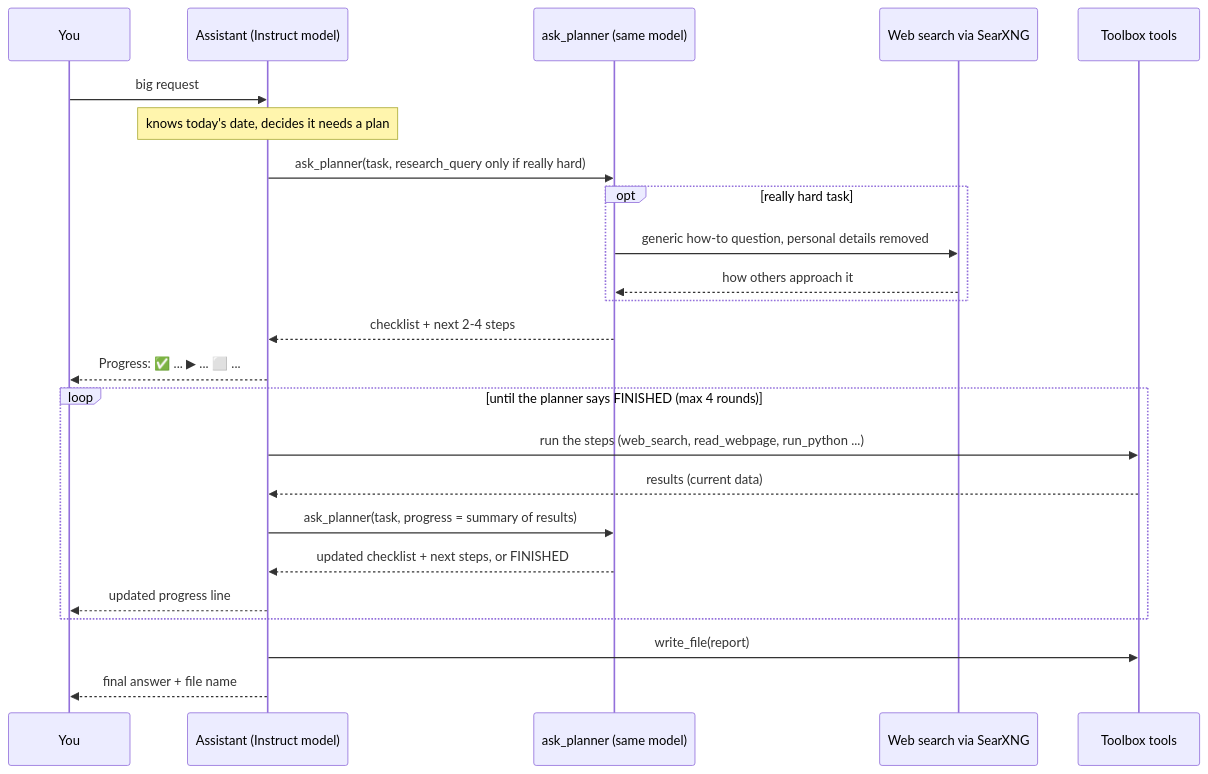
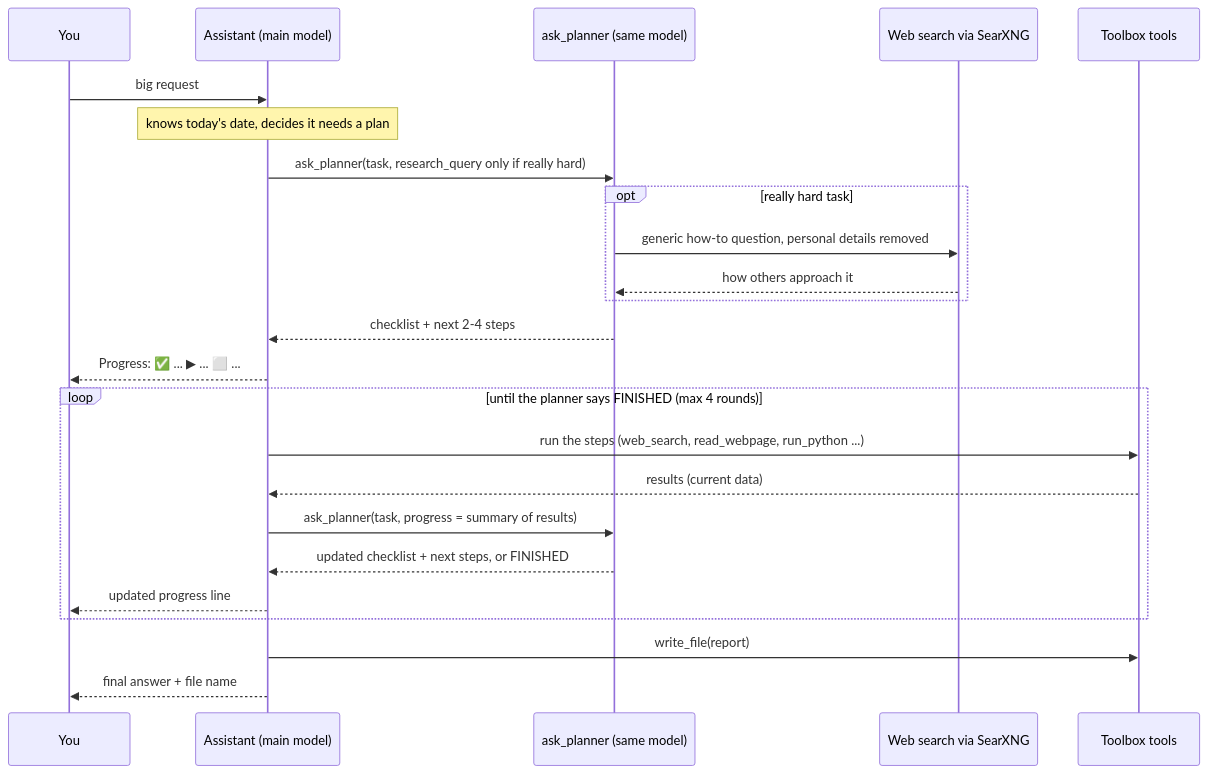
One commit to dhoon-ai/dhoon changed the diagram in docs/GUIDE.md. Above: the diagram before and after it, drawn with Mermaid. The commit also changed other lines of this file and 2 other files, not shown here.

First line of the commit message:
Docs for v1.1.0: Gemma 4 as the main model, two models in memory, how to upgrade; changelog

````diff
--- a/docs/GUIDE.md
+++ b/docs/GUIDE.md
@@ -568,26 +568,26 @@
 ```mermaid
 sequenceDiagram
     participant You
-    participant A as Assistant (Instruct model)
+    participant A as Assistant (main model)
     participant P as ask_planner (same model)
     participant G as Web search via SearXNG
     participant T as Toolbox tools
     You->>A: big request
     Note over A: knows today's date, decides it needs a plan
     A->>P: ask_planner(task, research_query only if really hard)
     opt really hard task
         P->>G: generic how-to question, personal details removed
         G-->>P: how others approach it
     end
     P-->>A: checklist + next 2-4 steps
     A-->>You: Progress: ✅ ... ▶ ... ⬜ ...
     loop until the planner says FINISHED (max 4 rounds)
         A->>T: run the steps (web_search, read_webpage, run_python ...)
         T-->>A: results (current data)
         A->>P: ask_planner(task, progress = summary of results)
         P-->>A: updated checklist + next steps, or FINISHED
         A-->>You: updated progress line
     end
     A->>T: write_file(report)
     A-->>You: final answer + file name
 ```
````
